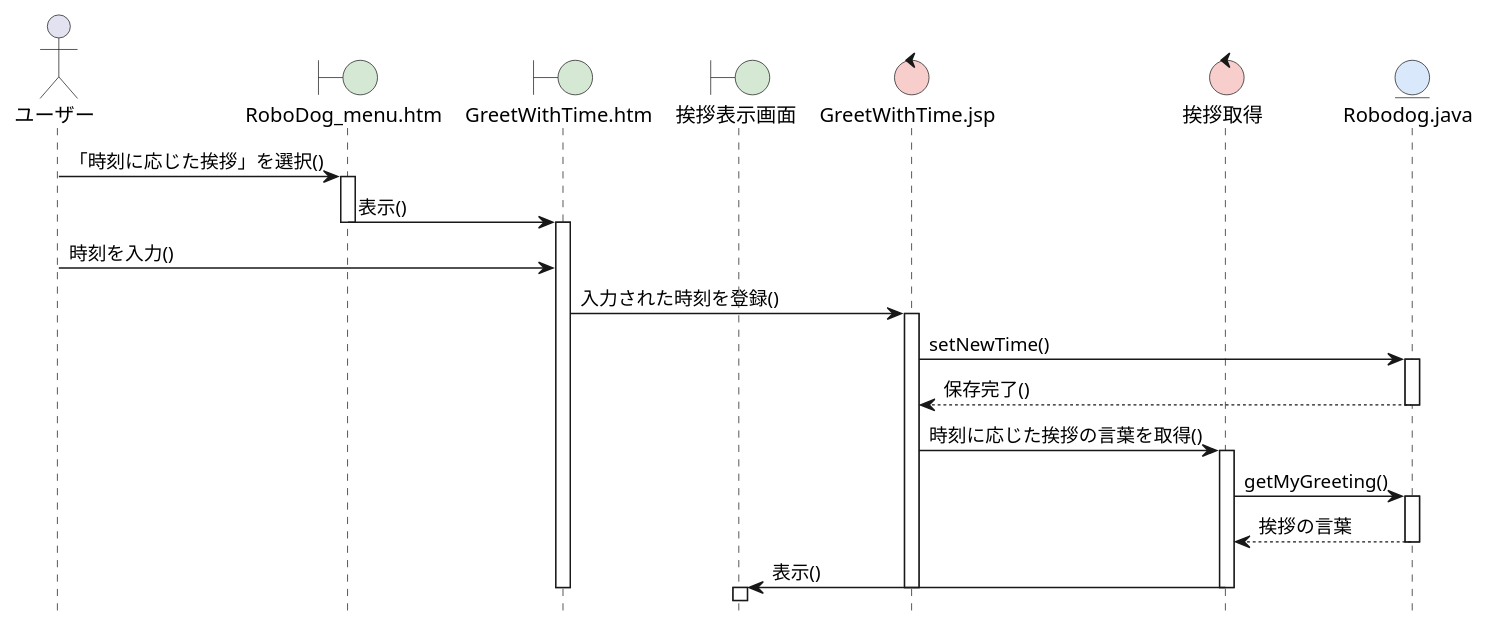
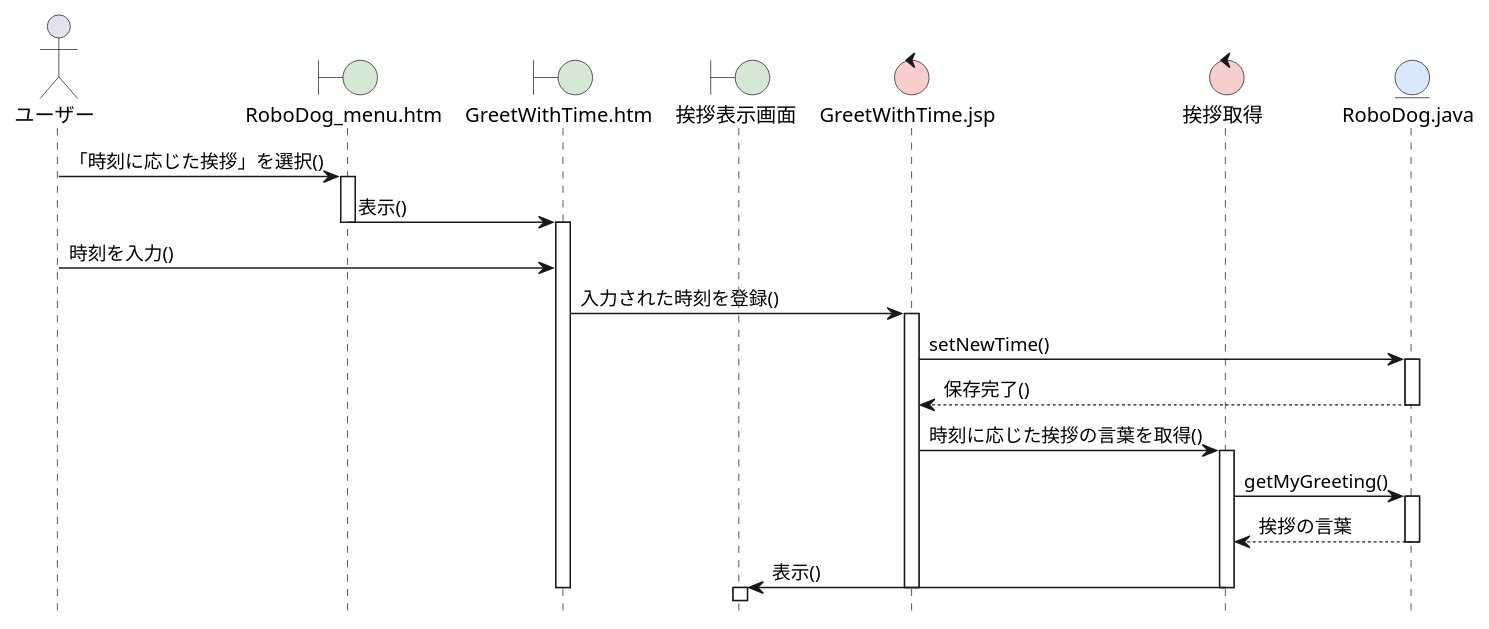
Before and after one commit to amaneko0608/ohara_uml: the diagram in 06_robo_dog/sequence_02_greeting.pu, drawn with PlantUML. The commit also changed 3 other files, not shown here.

```diff
--- a/06_robo_dog/sequence_02_greeting.pu
+++ b/06_robo_dog/sequence_02_greeting.pu
@@ -1,44 +1,44 @@
 @startuml RoboDogシステム-時刻に応じた挨拶シーケンス図
 hide footbox
 skinparam boundaryBackgroundColor #D5E8D4
 skinparam controlBackgroundColor  #F8CECC
 skinparam entityBackgroundColor   #DAE8FC
 
 actor ユーザー as A
 boundary "RoboDog_menu.htm" as B1
 boundary "GreetWithTime.htm" as B2
 boundary 挨拶表示画面 as B3
 control "GreetWithTime.jsp" as C1
 control 挨拶取得 as C2
-entity "Robodog.java" as E
+entity "RoboDog.java" as E
 
 A -> B1: 「時刻に応じた挨拶」を選択()
 activate B1
 
 B1 -> B2: 表示()
 deactivate B1
 activate B2
 
 A -> B2: 時刻を入力()
 
 B2 -> C1: 入力された時刻を登録()
 activate C1
 C1 -> E: setNewTime()
 activate E
 E --> C1: 保存完了()
 deactivate E
 
 C1 -> C2: 時刻に応じた挨拶の言葉を取得()
 activate C2
 C2 -> E: getMyGreeting()
 activate E
 E --> C2: 挨拶の言葉
 deactivate E
 
 C2 -> B3: 表示()
 deactivate C2
 deactivate C1
 deactivate B2
 activate B3
 
 @enduml
```
